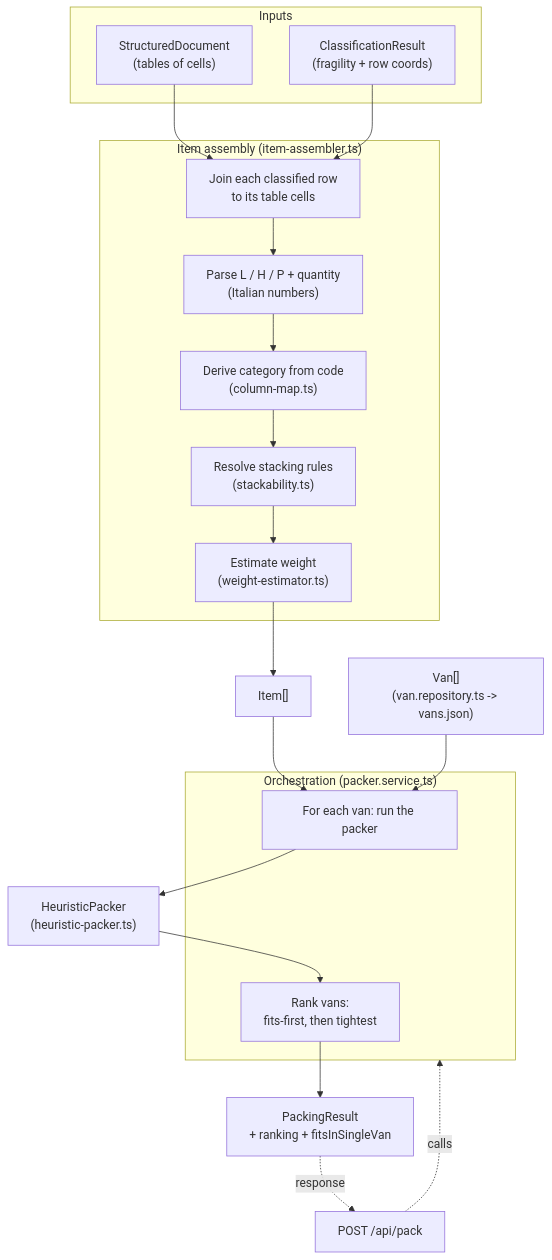
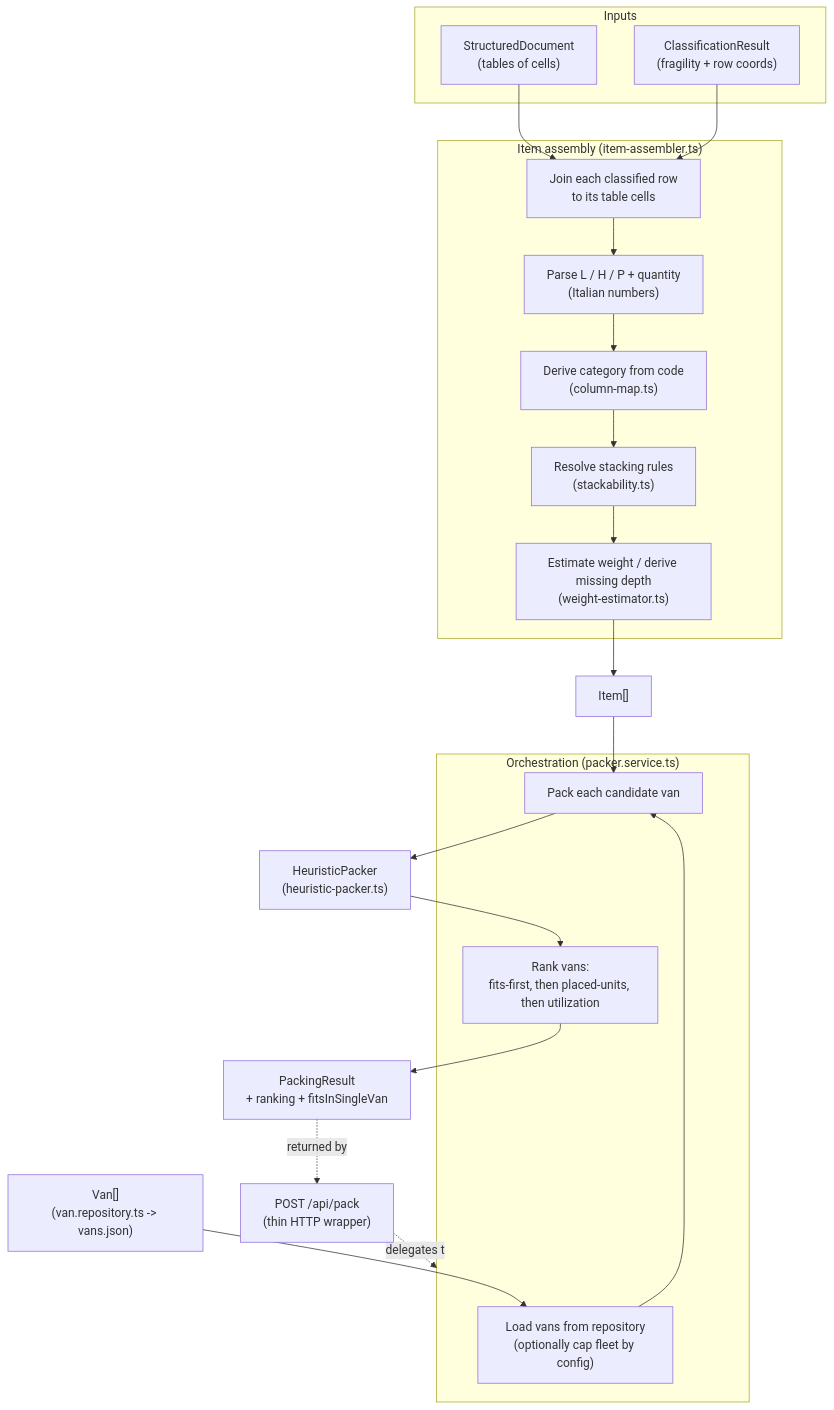
The second of 6 diagrams in shafs/docs/stage3-explained.md (theShafCodes/logiVShaf), drawn with Mermaid before and after one commit. The commit also changed other lines of this file and 93 other files, not shown here.

````diff
--- a/shafs/docs/stage3-explained.md
+++ b/shafs/docs/stage3-explained.md
@@ -74,36 +74,37 @@
 ```mermaid
 flowchart TD
     subgraph IN["Inputs"]
         DOC["StructuredDocument<br/>(tables of cells)"]
         CLS["ClassificationResult<br/>(fragility + row coords)"]
     end
 
     subgraph ASM["Item assembly  (item-assembler.ts)"]
         J["Join each classified row<br/>to its table cells"]
         P["Parse L / H / P + quantity<br/>(Italian numbers)"]
         CAT["Derive category from code<br/>(column-map.ts)"]
         RULE["Resolve stacking rules<br/>(stackability.ts)"]
-        W["Estimate weight<br/>(weight-estimator.ts)"]
+        W["Estimate weight / derive missing depth<br/>(weight-estimator.ts)"]
     end
 
     ITEMS["Item[]"]
     VANS["Van[]<br/>(van.repository.ts -> vans.json)"]
 
     subgraph SVC["Orchestration  (packer.service.ts)"]
-        LOOP["For each van: run the packer"]
-        RANK["Rank vans:<br/>fits-first, then tightest"]
+        LOAD["Load vans from repository<br/>(optionally cap fleet by config)"]
+        LOOP["Pack each candidate van"]
+        RANK["Rank vans:<br/>fits-first, then placed-units, then utilization"]
     end
 
     PACK["HeuristicPacker<br/>(heuristic-packer.ts)"]
     OUT["PackingResult<br/>+ ranking + fitsInSingleVan"]
-    API["POST /api/pack"]
+    API["POST /api/pack<br/>(thin HTTP wrapper)"]
 
     DOC --> J
     CLS --> J
     J --> P --> CAT --> RULE --> W --> ITEMS
+    VANS --> LOAD --> LOOP
     ITEMS --> LOOP
-    VANS --> LOOP
     LOOP --> PACK --> RANK --> OUT
-    API -.calls.-> SVC
-    OUT -.response.-> API
+    API -.delegates to.-> SVC
+    OUT -.returned by.-> API
 ```
````
